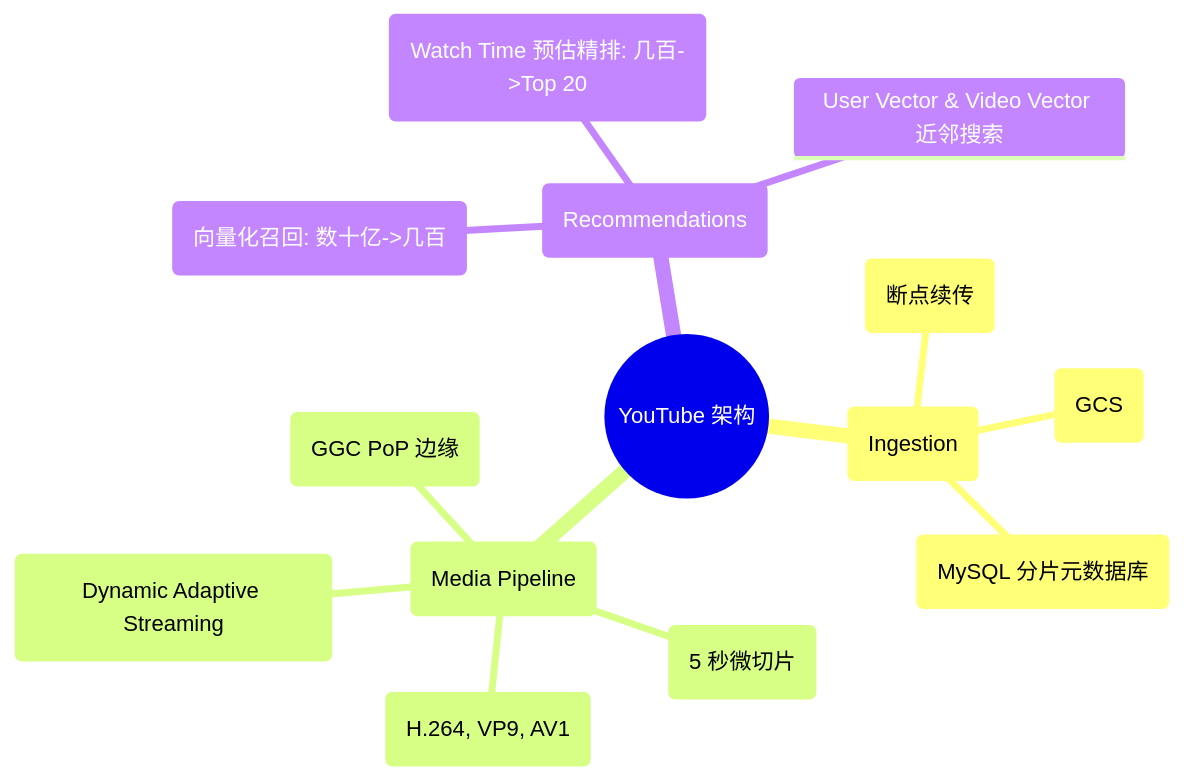
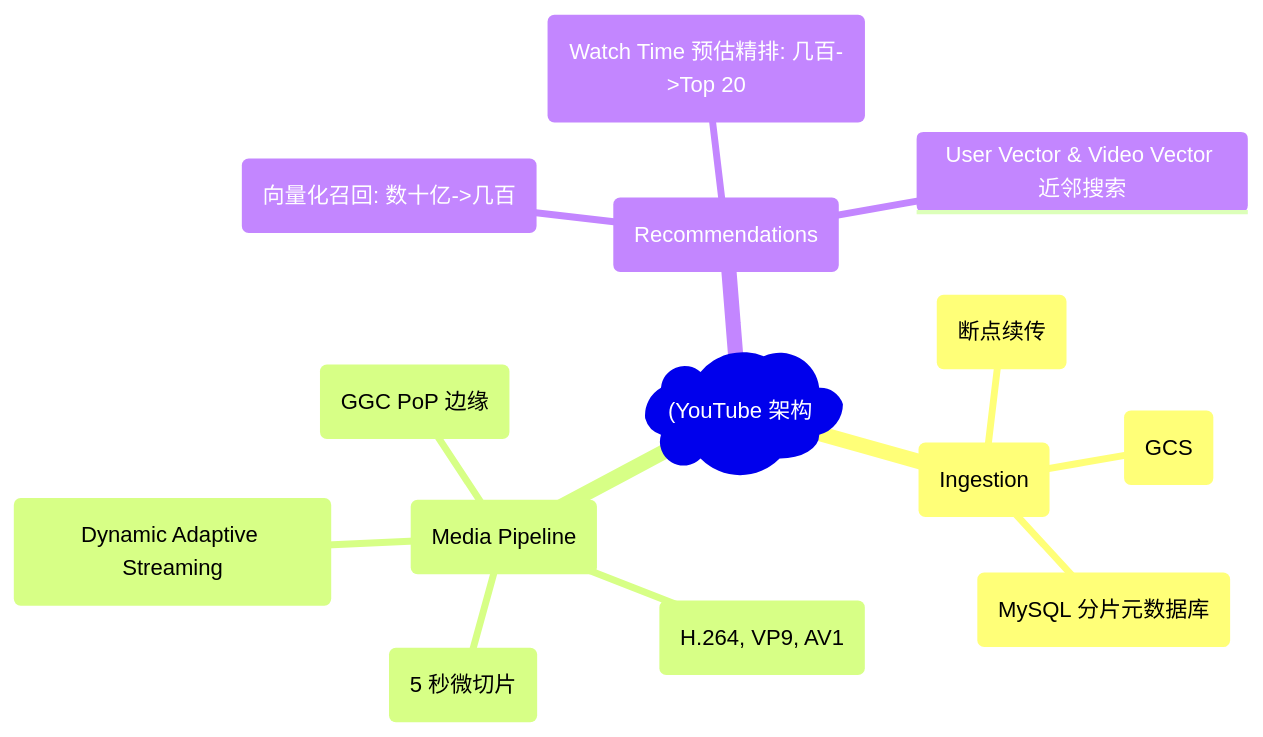
One commit to koosai/AI-Architect-Learning changed the second of 6 diagrams in docs/atlas/youtube.mdx. Above: the diagram before and after it, drawn with Mermaid. The commit also changed 187 other files, not shown here.

Commit message:
fix(mermaid): fix all unquoted parens and edge label syntax errors across all docs

````diff
--- a/docs/atlas/youtube.mdx
+++ b/docs/atlas/youtube.mdx
@@ -87,17 +87,17 @@
 ```mermaid
 mindmap
-  root((YouTube 架构))
+  root("(YouTube 架构"))
     接入与存储 (Ingestion)
       Resumable Chunked Upload (断点续传)
       Master Video 原始块存储 (GCS)
       Vitess (MySQL 分片元数据库)
     视频处理与分发 (Media Pipeline)
       Chunk Splitter (5 秒微切片)
       多码率 Encoder (H.264, VP9, AV1)
       DASH (Dynamic Adaptive Streaming)
       Google Global Cache (GGC PoP 边缘)
     双阶段 AI 推荐系统 (Recommendations)
       Candidate Generation (向量化召回: 数十亿->几百)
       Ranking Stage (Watch Time 预估精排: 几百->Top 20)
       User Vector & Video Vector 近邻搜索
 ```
````
